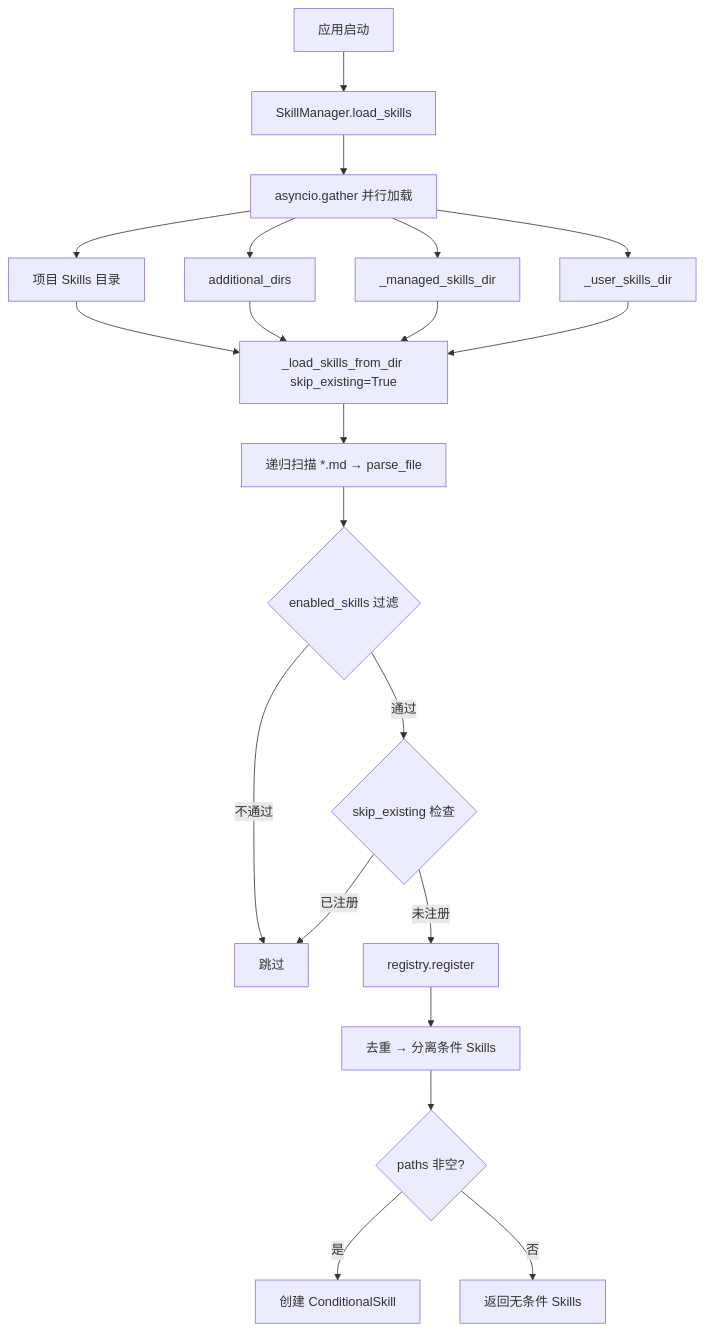
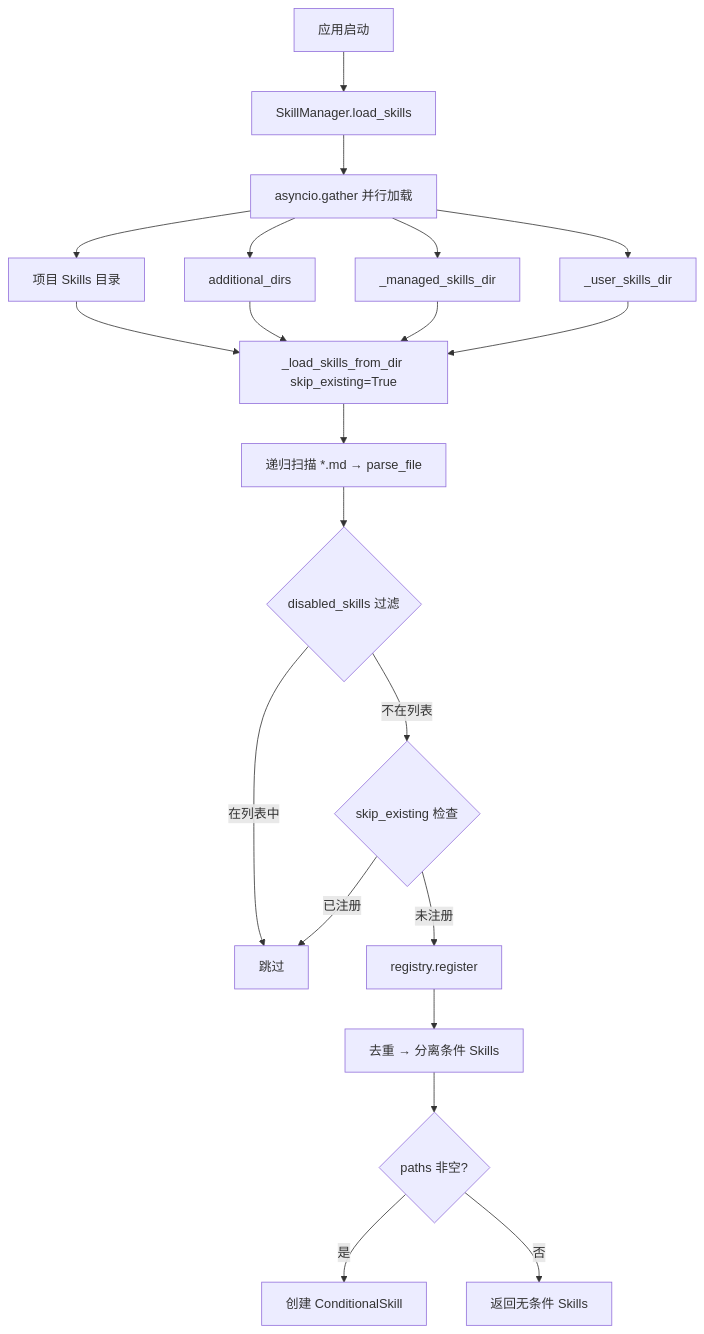
One commit to Ba6231roer/rubato changed the second of 5 diagrams in docs/skills_module_design.md. Above: the diagram before and after it, drawn with Mermaid. The commit also changed other lines of this file and 13 other files, not shown here.

````diff
--- a/docs/skills_module_design.md
+++ b/docs/skills_module_design.md
@@ -141,20 +139,20 @@
 ```mermaid
 flowchart TD
     A[应用启动] --> B[SkillManager.load_skills]
     B --> C[asyncio.gather 并行加载]
     C --> D1[项目 Skills 目录]
     C --> D2[additional_dirs]
     C --> D3[_managed_skills_dir]
     C --> D4[_user_skills_dir]
     D1 & D2 & D3 & D4 --> E[_load_skills_from_dir skip_existing=True]
     E --> F[递归扫描 *.md → parse_file]
-    F --> G{enabled_skills 过滤}
-    G -->|通过| H{skip_existing 检查}
-    G -->|不通过| J[跳过]
+    F --> G{disabled_skills 过滤}
+    G -->|不在列表| H{skip_existing 检查}
+    G -->|在列表中| J[跳过]
     H -->|已注册| J
     H -->|未注册| K[registry.register]
     K --> L[去重 → 分离条件 Skills]
     L --> M{paths 非空?}
     M -->|是| N[创建 ConditionalSkill]
     M -->|否| O[返回无条件 Skills]
 ```
````
